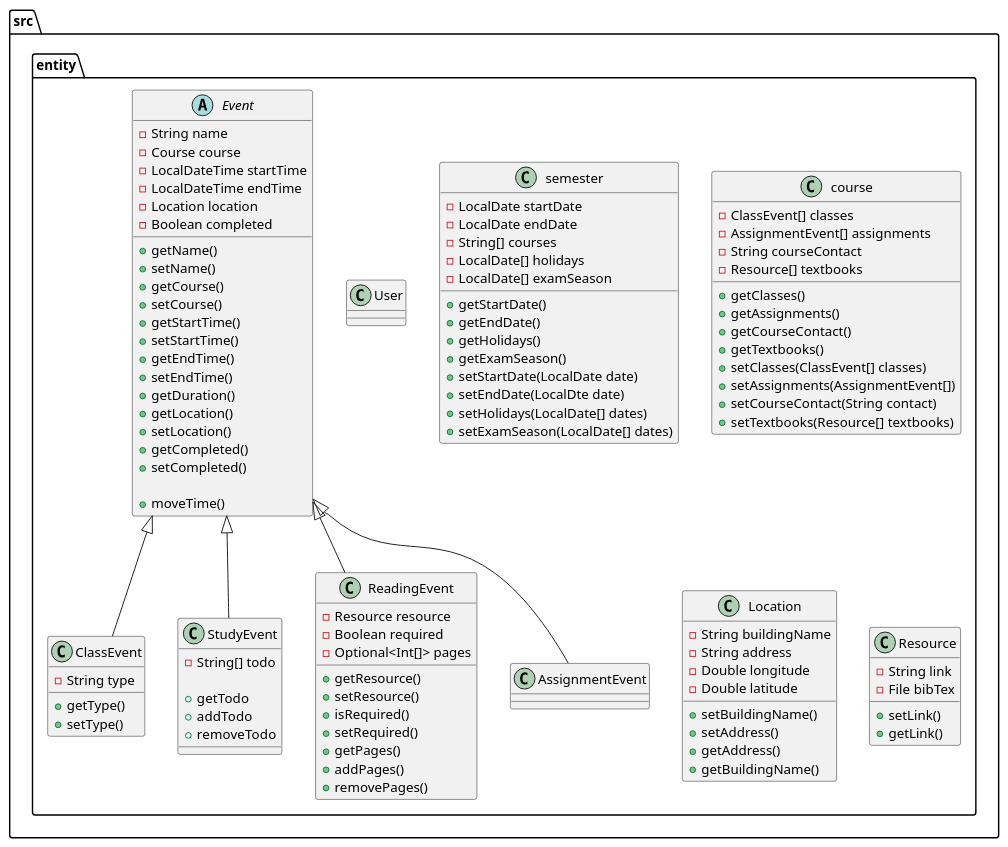
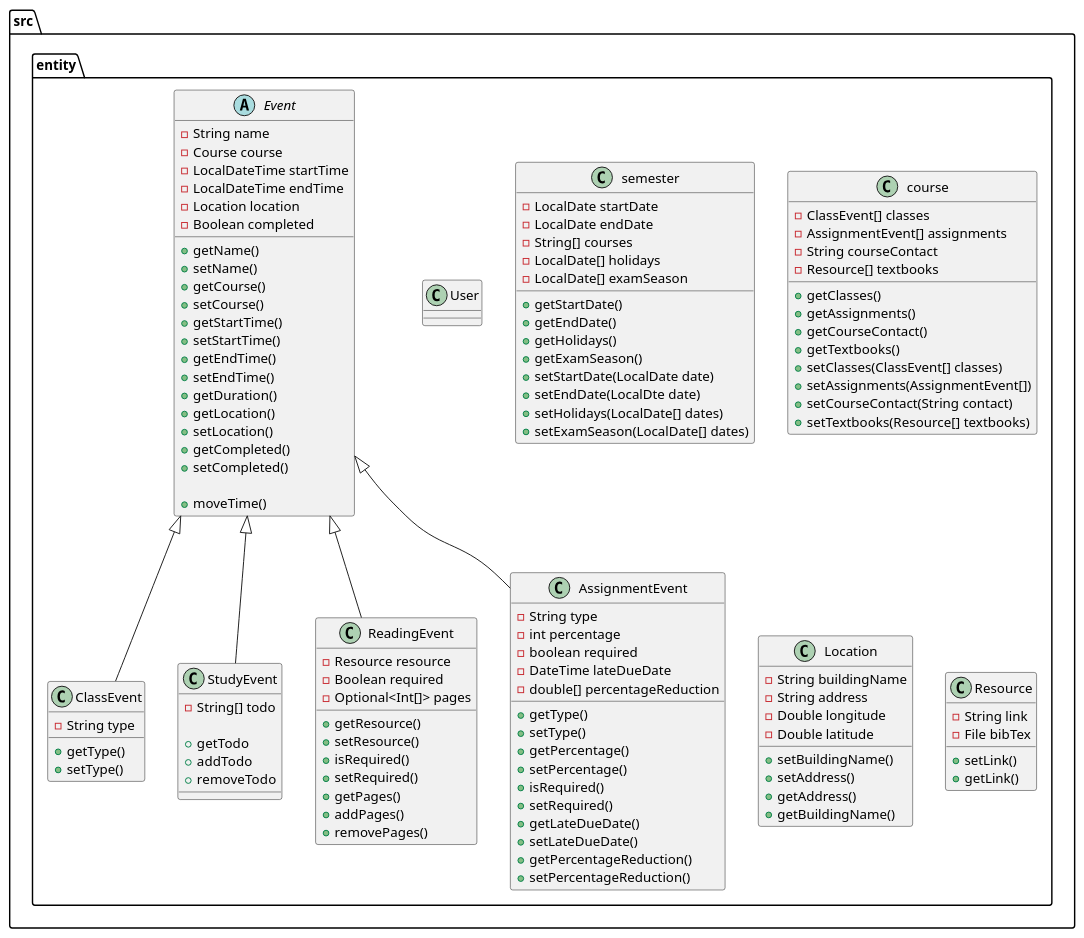
The diagram in DESIGN.puml (Rafiah-n/AcademiCal), drawn with PlantUML before and after one commit.

Commit message:
assignment event added to uml

```diff
--- a/DESIGN.puml
+++ b/DESIGN.puml
@@ -1,127 +1,143 @@
 @startuml
 
 folder src {
 
     folder entity {
 
         abstract Event {
             - String name
             - Course course
             - LocalDateTime startTime
             - LocalDateTime endTime
             - Location location
             - Boolean completed
 
             + getName()
             + setName()
             + getCourse()
             + setCourse()
             + getStartTime()
             + setStartTime()
             + getEndTime()
             + setEndTime()
             + getDuration()
             + getLocation()
             + setLocation()
             + getCompleted()
             + setCompleted()
 
             + moveTime()  /' Moves start and end times in unison '/
         }
 
         class ClassEvent extends Event {
             - String type
 
             + getType()
             + setType()
         }
 
         class StudyEvent extends Event {
             - String[] todo
 
             + getTodo
             + addTodo
             + removeTodo
         }
 
         class ReadingEvent extends Event {
             - Resource resource
             - Boolean required
             - Optional<Int[]> pages
 
             + getResource()
             + setResource()
             + isRequired()
             + setRequired()
             + getPages()
             + addPages()
             + removePages()
         }
 
         class AssignmentEvent extends Event {
+            - String type
+            - int percentage
+            - boolean required
+            - DateTime lateDueDate
+            - double[] percentageReduction
 
+
+            + getType()
+            + setType()
+            + getPercentage()
+            + setPercentage()
+            + isRequired()
+            + setRequired()
+            + getLateDueDate()
+            + setLateDueDate()
+            + getPercentageReduction()
+            + setPercentageReduction()
         }
 
         class User {
             ' Unimplemented for now
         }
 
         class semester{
             - LocalDate startDate
             - LocalDate endDate
             - String[] courses
             - LocalDate[] holidays
             - LocalDate[] examSeason
 
             + getStartDate()
             + getEndDate()
             + getHolidays()
             + getExamSeason()
             + setStartDate(LocalDate date)
             + setEndDate(LocalDte date)
             + setHolidays(LocalDate[] dates)
             + setExamSeason(LocalDate[] dates)
         }
 
         class course {
             - ClassEvent[] classes
             - AssignmentEvent[] assignments
             - String courseContact
             - Resource[] textbooks
 
             + getClasses()
             + getAssignments()
             + getCourseContact()
             + getTextbooks()
             + setClasses(ClassEvent[] classes)
             + setAssignments(AssignmentEvent[])
             + setCourseContact(String contact)
             + setTextbooks(Resource[] textbooks)
         }
 
         class Location{
             - String buildingName
             - String address
             - Double longitude
             - Double latitude
 
             + setBuildingName()
             + setAddress()
             + getAddress()
             + getBuildingName()
         }
 
         class Resource{
             - String link
             - File bibTex
 
             + setLink()
             + getLink()
         }
 
     }  /' folder entity '/
 
 
 }  /' folder src '/
 
 @enduml
```
